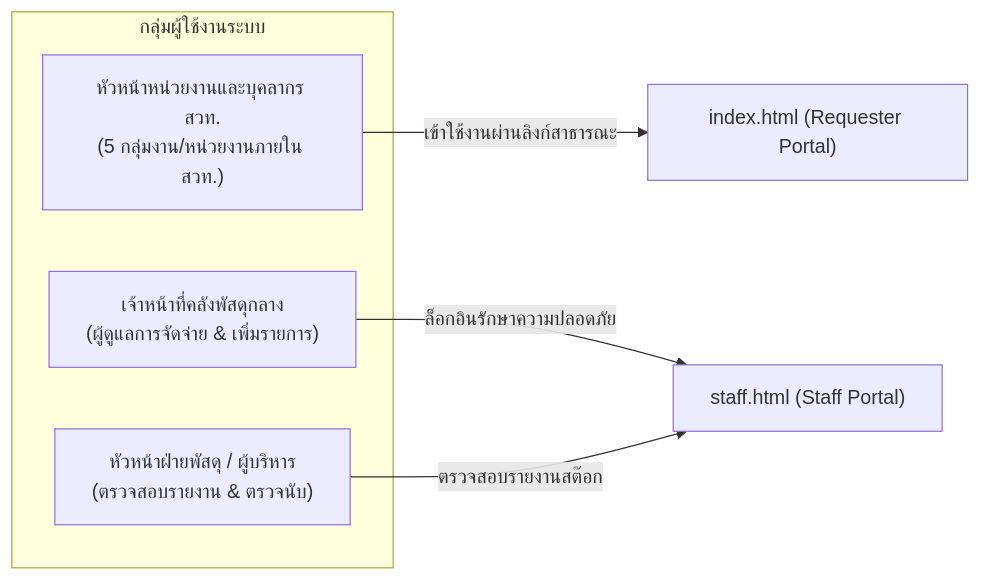
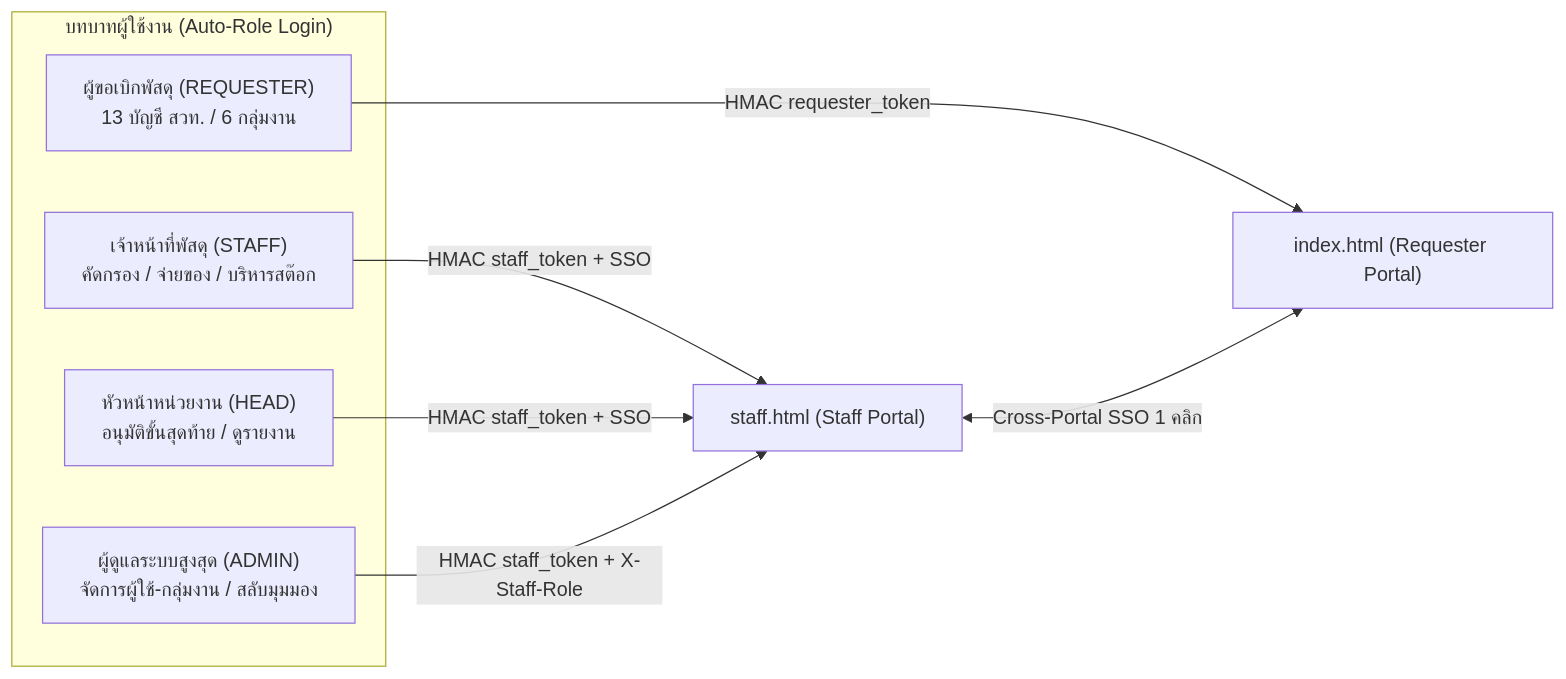
The first of 3 diagrams in PROJECT_CONTEXT.md (itsmekritsanai/stock-order-sdu), drawn with Mermaid before and after one commit. The commit also changed other lines of this file and 10 other files, not shown here.

Commit message:
docs: synchronize README, project context, roadmap, and skill docs with v3.8.3

````diff
--- a/PROJECT_CONTEXT.md
+++ b/PROJECT_CONTEXT.md
@@ -23,11 +24,14 @@
 ```mermaid
 graph LR
-    subgraph "กลุ่มผู้ใช้งานระบบ"
-        U1["หัวหน้าหน่วยงานและบุคลากร สวท.<br/>(5 กลุ่มงาน/หน่วยงานภายใน สวท.)"]
-        U2["เจ้าหน้าที่คลังพัสดุกลาง<br/>(ผู้ดูแลการจัดจ่าย & เพิ่มรายการ)"]
-        U3["หัวหน้าฝ่ายพัสดุ / ผู้บริหาร<br/>(ตรวจสอบรายงาน & ตรวจนับ)"]
+    subgraph "บทบาทผู้ใช้งาน (Auto-Role Login)"
+        U1["ผู้ขอเบิกพัสดุ (REQUESTER)<br/>13 บัญชี สวท. / 6 กลุ่มงาน"]
+        U2["เจ้าหน้าที่พัสดุ (STAFF)<br/>คัดกรอง / จ่ายของ / บริหารสต๊อก"]
+        U3["หัวหน้าหน่วยงาน (HEAD)<br/>อนุมัติขั้นสุดท้าย / ดูรายงาน"]
+        U4["ผู้ดูแลระบบสูงสุด (ADMIN)<br/>จัดการผู้ใช้-กลุ่มงาน / สลับมุมมอง"]
     end
-    U1 -->|เข้าใช้งานผ่านลิงก์สาธารณะ| P1["index.html (Requester Portal)"]
-    U2 -->|ล็อกอินรักษาความปลอดภัย| P2["staff.html (Staff Portal)"]
-    U3 -->|ตรวจสอบรายงานสต๊อก| P2
+    U1 -->|"HMAC requester_token"| P1["index.html (Requester Portal)"]
+    U2 -->|"HMAC staff_token + SSO"| P2["staff.html (Staff Portal)"]
+    U3 -->|"HMAC staff_token + SSO"| P2
+    U4 -->|"HMAC staff_token + X-Staff-Role"| P2
+    P2 <-->|"Cross-Portal SSO 1 คลิก"| P1
 ```
````
